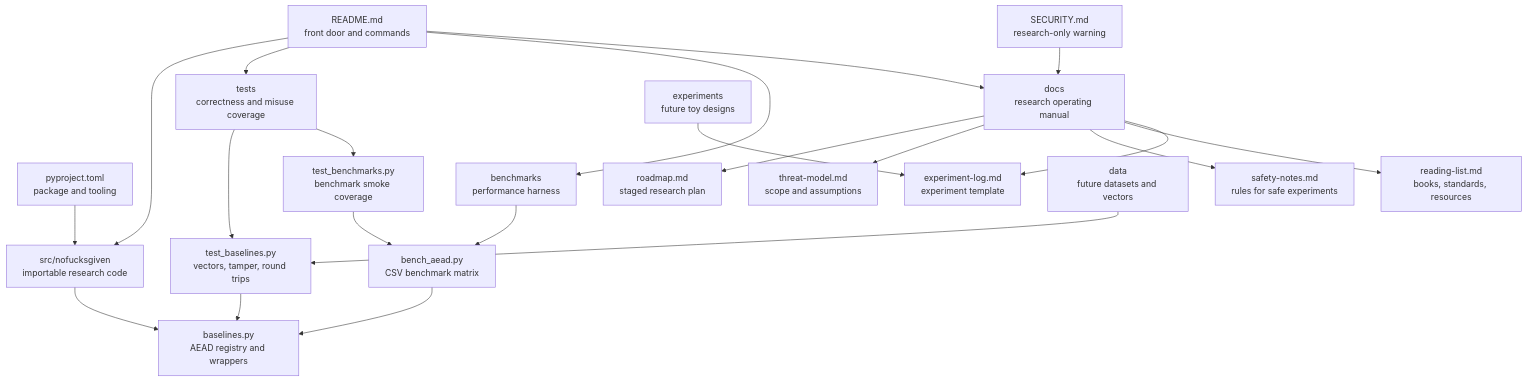
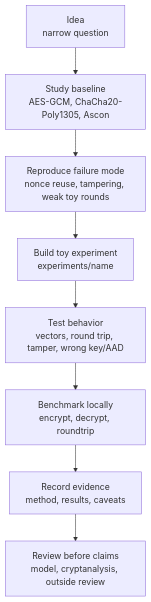
The diagram in README.md (authcollapse/nofucksgiven), drawn with Mermaid before and after one commit. The commit also changed other lines of this file and 23 other files, not shown here.

````diff
--- a/README.md
+++ b/README.md
@@ -51,49 +53,13 @@
 ```mermaid
 flowchart TD
-    README["README.md<br/>front door and commands"]
-    SECURITY["SECURITY.md<br/>research-only warning"]
-    PYPROJECT["pyproject.toml<br/>package and tooling"]
+    IDEA["Idea<br/>narrow question"]
+    STUDY["Study baseline<br/>AES-GCM, ChaCha20-Poly1305, Ascon"]
+    FAIL["Reproduce failure mode<br/>nonce reuse, tampering, weak toy rounds"]
+    EXP["Build toy experiment<br/>experiments/name"]
+    TEST["Test behavior<br/>vectors, round trip, tamper, wrong key/AAD"]
+    BENCH["Benchmark locally<br/>encrypt, decrypt, roundtrip"]
+    LOG["Record evidence<br/>method, results, caveats"]
+    REVIEW["Review before claims<br/>model, cryptanalysis, outside review"]
 
-    SRC["src/nofucksgiven<br/>importable research code"]
-    BASELINES["baselines.py<br/>AEAD registry and wrappers"]
-
-    TESTS["tests<br/>correctness and misuse coverage"]
-    TEST_BASE["test_baselines.py<br/>vectors, tamper, round trips"]
-    TEST_BENCH["test_benchmarks.py<br/>benchmark smoke coverage"]
-
-    BENCH["benchmarks<br/>performance harness"]
-    BENCH_AEAD["bench_aead.py<br/>CSV benchmark matrix"]
-
-    DOCS["docs<br/>research operating manual"]
-    ROADMAP["roadmap.md<br/>staged research plan"]
-    THREAT["threat-model.md<br/>scope and assumptions"]
-    SAFETY["safety-notes.md<br/>rules for safe experiments"]
-    READING["reading-list.md<br/>books, standards, resources"]
-    LOG["experiment-log.md<br/>experiment template"]
-
-    EXP["experiments<br/>future toy designs"]
-    DATA["data<br/>future datasets and vectors"]
-
-    README --> SRC
-    README --> TESTS
-    README --> BENCH
-    README --> DOCS
-    PYPROJECT --> SRC
-    SECURITY --> DOCS
-
-    SRC --> BASELINES
-    TESTS --> TEST_BASE
-    TESTS --> TEST_BENCH
-    TEST_BASE --> BASELINES
-    TEST_BENCH --> BENCH_AEAD
-    BENCH --> BENCH_AEAD
-    BENCH_AEAD --> BASELINES
-
-    DOCS --> ROADMAP
-    DOCS --> THREAT
-    DOCS --> SAFETY
-    DOCS --> READING
-    DOCS --> LOG
-    EXP --> LOG
-    DATA --> TEST_BASE
+    IDEA --> STUDY --> FAIL --> EXP --> TEST --> BENCH --> LOG --> REVIEW
 ```
````
